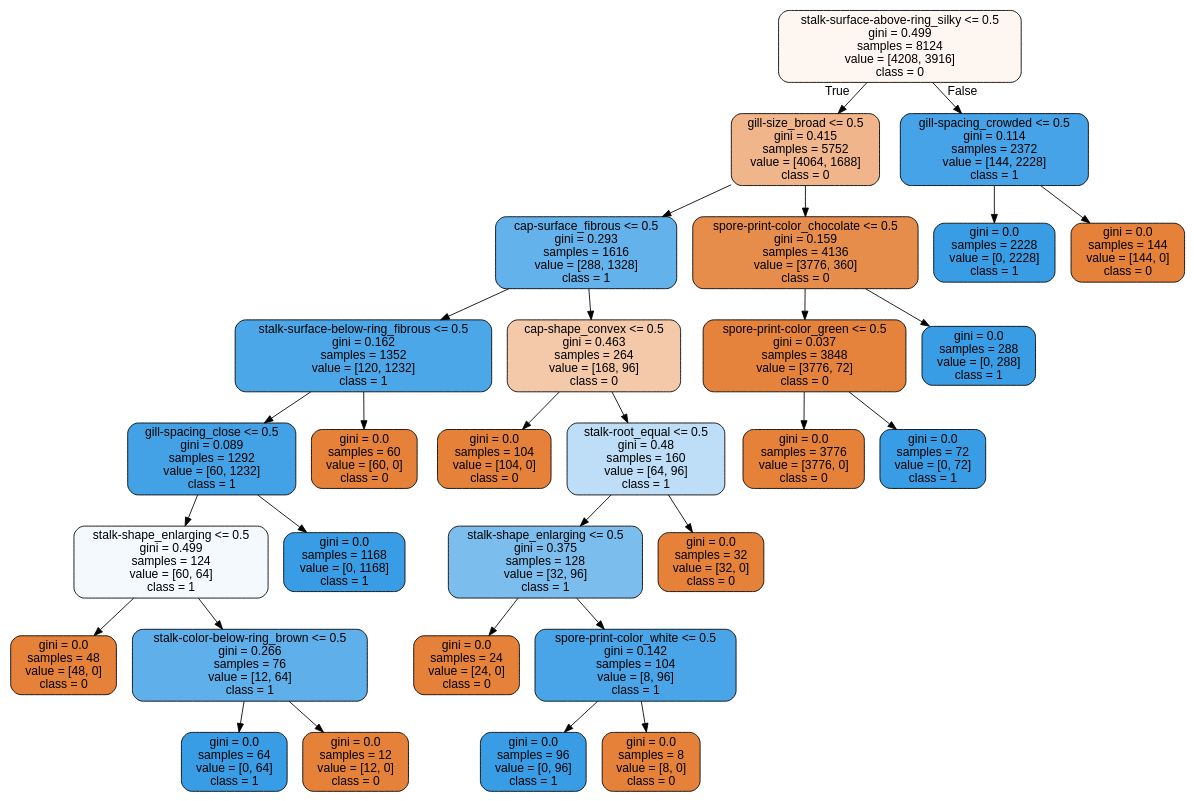
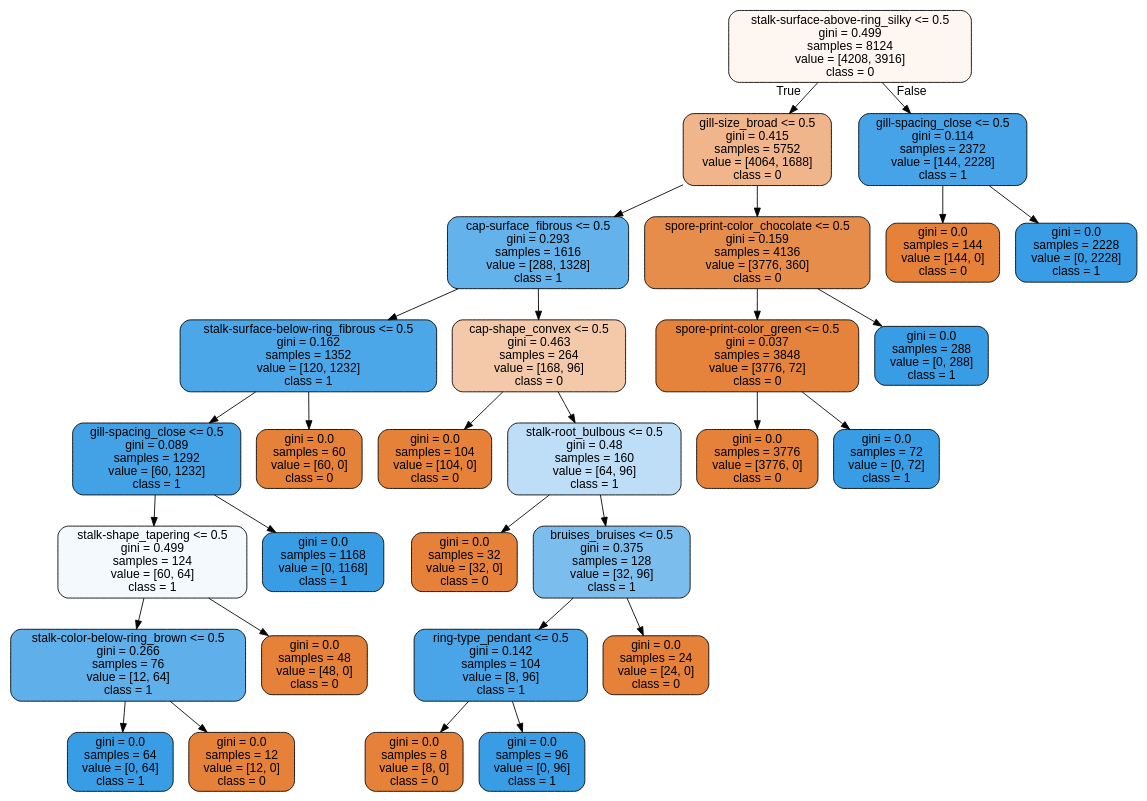
The diagram in Mushroom dataset/Learning_modle_only_used_with_Visualization/Visualization_Poison_recommender.dot (Tharindakarawita/Machine-Learning-Repository), drawn with Graphviz before and after one commit. The commit also changed 30 other files, not shown here.

```diff
--- a/Mushroom dataset/Learning_modle_only_used_with_Visualization/Visualization_Poison_recommender.dot
+++ b/Mushroom dataset/Learning_modle_only_used_with_Visualization/Visualization_Poison_recommender.dot
@@ -1,61 +1,61 @@
 digraph Tree {
 node [shape=box, style="filled, rounded", color="black", fontname="helvetica"] ;
 edge [fontname="helvetica"] ;
 0 [label="stalk-surface-above-ring_silky <= 0.5\ngini = 0.499\nsamples = 8124\nvalue = [4208, 3916]\nclass = 0", fillcolor="#fdf6f1"] ;
 1 [label="gill-size_broad <= 0.5\ngini = 0.415\nsamples = 5752\nvalue = [4064, 1688]\nclass = 0", fillcolor="#f0b58b"] ;
 0 -> 1 [labeldistance=2.5, labelangle=45, headlabel="True"] ;
 2 [label="cap-surface_fibrous <= 0.5\ngini = 0.293\nsamples = 1616\nvalue = [288, 1328]\nclass = 1", fillcolor="#64b2eb"] ;
 1 -> 2 ;
 3 [label="stalk-surface-below-ring_fibrous <= 0.5\ngini = 0.162\nsamples = 1352\nvalue = [120, 1232]\nclass = 1", fillcolor="#4ca7e8"] ;
 2 -> 3 ;
 4 [label="gill-spacing_close <= 0.5\ngini = 0.089\nsamples = 1292\nvalue = [60, 1232]\nclass = 1", fillcolor="#43a2e6"] ;
 3 -> 4 ;
-5 [label="stalk-shape_enlarging <= 0.5\ngini = 0.499\nsamples = 124\nvalue = [60, 64]\nclass = 1", fillcolor="#f3f9fd"] ;
+5 [label="stalk-shape_tapering <= 0.5\ngini = 0.499\nsamples = 124\nvalue = [60, 64]\nclass = 1", fillcolor="#f3f9fd"] ;
 4 -> 5 ;
-6 [label="gini = 0.0\nsamples = 48\nvalue = [48, 0]\nclass = 0", fillcolor="#e58139"] ;
+6 [label="stalk-color-below-ring_brown <= 0.5\ngini = 0.266\nsamples = 76\nvalue = [12, 64]\nclass = 1", fillcolor="#5eafea"] ;
 5 -> 6 ;
-7 [label="stalk-color-below-ring_brown <= 0.5\ngini = 0.266\nsamples = 76\nvalue = [12, 64]\nclass = 1", fillcolor="#5eafea"] ;
-5 -> 7 ;
-8 [label="gini = 0.0\nsamples = 64\nvalue = [0, 64]\nclass = 1", fillcolor="#399de5"] ;
-7 -> 8 ;
-9 [label="gini = 0.0\nsamples = 12\nvalue = [12, 0]\nclass = 0", fillcolor="#e58139"] ;
-7 -> 9 ;
+7 [label="gini = 0.0\nsamples = 64\nvalue = [0, 64]\nclass = 1", fillcolor="#399de5"] ;
+6 -> 7 ;
+8 [label="gini = 0.0\nsamples = 12\nvalue = [12, 0]\nclass = 0", fillcolor="#e58139"] ;
+6 -> 8 ;
+9 [label="gini = 0.0\nsamples = 48\nvalue = [48, 0]\nclass = 0", fillcolor="#e58139"] ;
+5 -> 9 ;
 10 [label="gini = 0.0\nsamples = 1168\nvalue = [0, 1168]\nclass = 1", fillcolor="#399de5"] ;
 4 -> 10 ;
 11 [label="gini = 0.0\nsamples = 60\nvalue = [60, 0]\nclass = 0", fillcolor="#e58139"] ;
 3 -> 11 ;
 12 [label="cap-shape_convex <= 0.5\ngini = 0.463\nsamples = 264\nvalue = [168, 96]\nclass = 0", fillcolor="#f4c9aa"] ;
 2 -> 12 ;
 13 [label="gini = 0.0\nsamples = 104\nvalue = [104, 0]\nclass = 0", fillcolor="#e58139"] ;
 12 -> 13 ;
-14 [label="stalk-root_equal <= 0.5\ngini = 0.48\nsamples = 160\nvalue = [64, 96]\nclass = 1", fillcolor="#bddef6"] ;
+14 [label="stalk-root_bulbous <= 0.5\ngini = 0.48\nsamples = 160\nvalue = [64, 96]\nclass = 1", fillcolor="#bddef6"] ;
 12 -> 14 ;
-15 [label="stalk-shape_enlarging <= 0.5\ngini = 0.375\nsamples = 128\nvalue = [32, 96]\nclass = 1", fillcolor="#7bbeee"] ;
+15 [label="gini = 0.0\nsamples = 32\nvalue = [32, 0]\nclass = 0", fillcolor="#e58139"] ;
 14 -> 15 ;
-16 [label="gini = 0.0\nsamples = 24\nvalue = [24, 0]\nclass = 0", fillcolor="#e58139"] ;
-15 -> 16 ;
-17 [label="spore-print-color_white <= 0.5\ngini = 0.142\nsamples = 104\nvalue = [8, 96]\nclass = 1", fillcolor="#49a5e7"] ;
-15 -> 17 ;
-18 [label="gini = 0.0\nsamples = 96\nvalue = [0, 96]\nclass = 1", fillcolor="#399de5"] ;
+16 [label="bruises_bruises <= 0.5\ngini = 0.375\nsamples = 128\nvalue = [32, 96]\nclass = 1", fillcolor="#7bbeee"] ;
+14 -> 16 ;
+17 [label="ring-type_pendant <= 0.5\ngini = 0.142\nsamples = 104\nvalue = [8, 96]\nclass = 1", fillcolor="#49a5e7"] ;
+16 -> 17 ;
+18 [label="gini = 0.0\nsamples = 8\nvalue = [8, 0]\nclass = 0", fillcolor="#e58139"] ;
 17 -> 18 ;
-19 [label="gini = 0.0\nsamples = 8\nvalue = [8, 0]\nclass = 0", fillcolor="#e58139"] ;
+19 [label="gini = 0.0\nsamples = 96\nvalue = [0, 96]\nclass = 1", fillcolor="#399de5"] ;
 17 -> 19 ;
-20 [label="gini = 0.0\nsamples = 32\nvalue = [32, 0]\nclass = 0", fillcolor="#e58139"] ;
-14 -> 20 ;
+20 [label="gini = 0.0\nsamples = 24\nvalue = [24, 0]\nclass = 0", fillcolor="#e58139"] ;
+16 -> 20 ;
 21 [label="spore-print-color_chocolate <= 0.5\ngini = 0.159\nsamples = 4136\nvalue = [3776, 360]\nclass = 0", fillcolor="#e78d4c"] ;
 1 -> 21 ;
 22 [label="spore-print-color_green <= 0.5\ngini = 0.037\nsamples = 3848\nvalue = [3776, 72]\nclass = 0", fillcolor="#e5833d"] ;
 21 -> 22 ;
 23 [label="gini = 0.0\nsamples = 3776\nvalue = [3776, 0]\nclass = 0", fillcolor="#e58139"] ;
 22 -> 23 ;
 24 [label="gini = 0.0\nsamples = 72\nvalue = [0, 72]\nclass = 1", fillcolor="#399de5"] ;
 22 -> 24 ;
 25 [label="gini = 0.0\nsamples = 288\nvalue = [0, 288]\nclass = 1", fillcolor="#399de5"] ;
 21 -> 25 ;
-26 [label="gill-spacing_crowded <= 0.5\ngini = 0.114\nsamples = 2372\nvalue = [144, 2228]\nclass = 1", fillcolor="#46a3e7"] ;
+26 [label="gill-spacing_close <= 0.5\ngini = 0.114\nsamples = 2372\nvalue = [144, 2228]\nclass = 1", fillcolor="#46a3e7"] ;
 0 -> 26 [labeldistance=2.5, labelangle=-45, headlabel="False"] ;
-27 [label="gini = 0.0\nsamples = 2228\nvalue = [0, 2228]\nclass = 1", fillcolor="#399de5"] ;
+27 [label="gini = 0.0\nsamples = 144\nvalue = [144, 0]\nclass = 0", fillcolor="#e58139"] ;
 26 -> 27 ;
-28 [label="gini = 0.0\nsamples = 144\nvalue = [144, 0]\nclass = 0", fillcolor="#e58139"] ;
+28 [label="gini = 0.0\nsamples = 2228\nvalue = [0, 2228]\nclass = 1", fillcolor="#399de5"] ;
 26 -> 28 ;
 }
```
